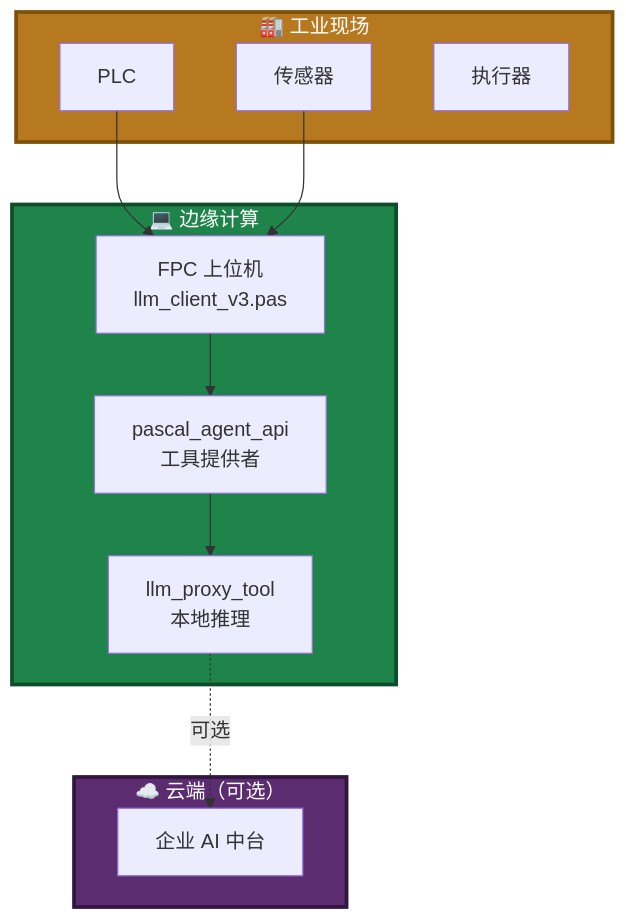
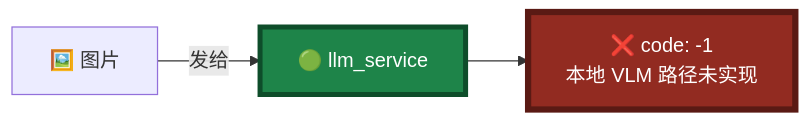
The tenth of 12 diagrams in Pascal_Integration_Guide.md (PassByYou888/LingoFuse-pasAgent-v3), drawn with Mermaid before and after one commit. The commit also changed other lines of this file, not shown here.

````diff
--- a/Pascal_Integration_Guide.md
+++ b/Pascal_Integration_Guide.md
@@ -1149,28 +275,8 @@
 ```mermaid
-flowchart TB
-    subgraph Field["🏭 工业现场"]
-        P1["PLC"]
-        P2["传感器"]
-        P3["执行器"]
-    end
+flowchart LR
+    A["🖼️ 图片"] -->|"发给"| B["🟢 llm_service"]
+    B --> X["❌ code: -1<br/>本地 VLM 路径未实现"]
 
-    subgraph Edge["💻 边缘计算"]
-        E1["FPC 上位机<br/>llm_client_v3.pas"]
-        E2["llm_proxy_tool<br/>本地推理"]
-        E3["pascal_agent_api<br/>工具提供者"]
-    end
-
-    subgraph Cloud["☁️ 云端（可选）"]
-        C1["企业 AI 中台"]
-    end
-
-    P1 --> E1
-    P2 --> E1
-    E1 --> E3
-    E3 --> E2
-    E2 -.->|"可选"| C1
-
-    style Field fill:#B7791F,stroke:#7E5109,stroke-width:3px,color:#FFFFFF
-    style Edge fill:#1E8449,stroke:#0E4D2A,stroke-width:3px,color:#FFFFFF
-    style Cloud fill:#5B2C6F,stroke:#321640,stroke-width:3px,color:#FFFFFF
+    style B fill:#1E8449,stroke:#0E4D2A,stroke-width:4px,color:#FFFFFF
+    style X fill:#922B21,stroke:#5A1A14,stroke-width:5px,color:#FFFFFF
 ```
````
